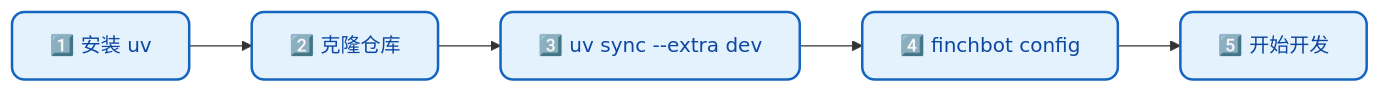
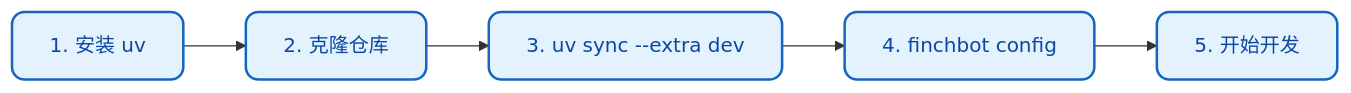
One commit to xt765/FinchBot changed the first of 3 diagrams in docs/zh-CN/development.md. Above: the diagram before and after it, drawn with Mermaid. The commit also changed other lines of this file and 18 other files, not shown here.

First line of the commit message:
docs: 简化架构图并删除所有mermaid图中的表情包

````diff
--- a/docs/zh-CN/development.md
+++ b/docs/zh-CN/development.md
@@ -62,10 +62,9 @@
 ```mermaid
 flowchart LR
-    %% 样式定义
     classDef step fill:#e3f2fd,stroke:#1565c0,stroke-width:2px,color:#0d47a1,rx:10,ry:10;
 
-    A["1️⃣ 安装 uv"]:::step --> B["2️⃣ 克隆仓库"]:::step
-    B --> C["3️⃣ uv sync --extra dev"]:::step
-    C --> D["4️⃣ finchbot config"]:::step
-    D --> E["5️⃣ 开始开发"]:::step
+    A["1. 安装 uv"]:::step --> B["2. 克隆仓库"]:::step
+    B --> C["3. uv sync --extra dev"]:::step
+    C --> D["4. finchbot config"]:::step
+    D --> E["5. 开始开发"]:::step
 ```
````
